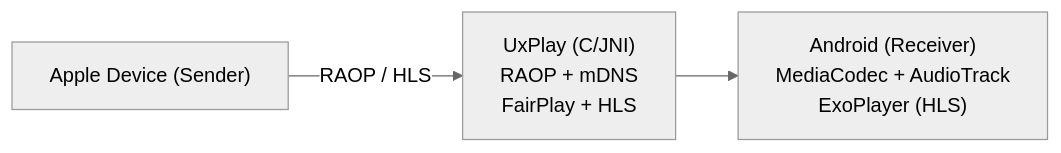
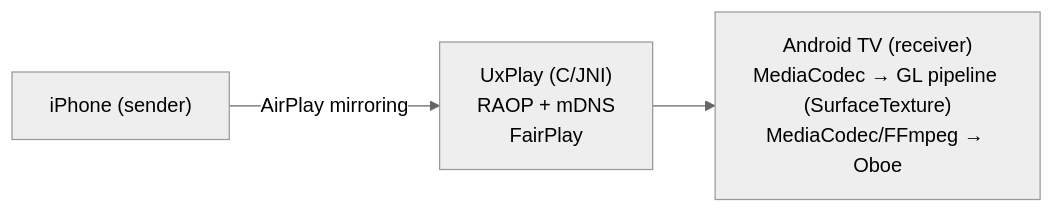
The diagram in README.md (Pabloo01/airplay-tv), drawn with Mermaid (neutral theme) before and after one commit. The commit also changed other lines of this file and 71 other files, not shown here.

````diff
--- a/README.md
+++ b/README.md
@@ -66,9 +52,9 @@
 ```mermaid
 flowchart LR
-    AppleDevice["Apple Device (Sender)"]
-    UxPlay["UxPlay (C/JNI)<br/>RAOP + mDNS<br/>FairPlay + HLS"]
-    AndroidApp["Android (Receiver)<br/>MediaCodec + AudioTrack<br/>ExoPlayer (HLS)"]
+    AppleDevice["iPhone (sender)"]
+    UxPlay["UxPlay (C/JNI)<br/>RAOP + mDNS<br/>FairPlay"]
+    AndroidApp["Android TV (receiver)<br/>MediaCodec → GL pipeline (SurfaceTexture)<br/>MediaCodec/FFmpeg → Oboe"]
 
-    AppleDevice -- "RAOP / HLS" --> UxPlay
+    AppleDevice -- "AirPlay mirroring" --> UxPlay
     UxPlay --> AndroidApp
 ```
````
